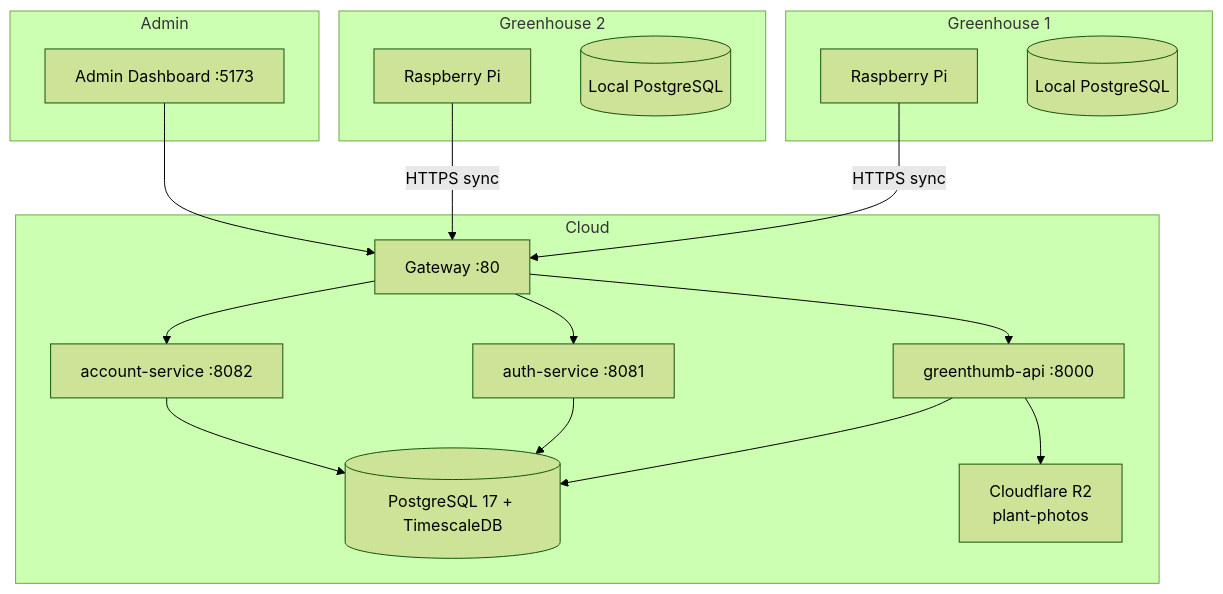
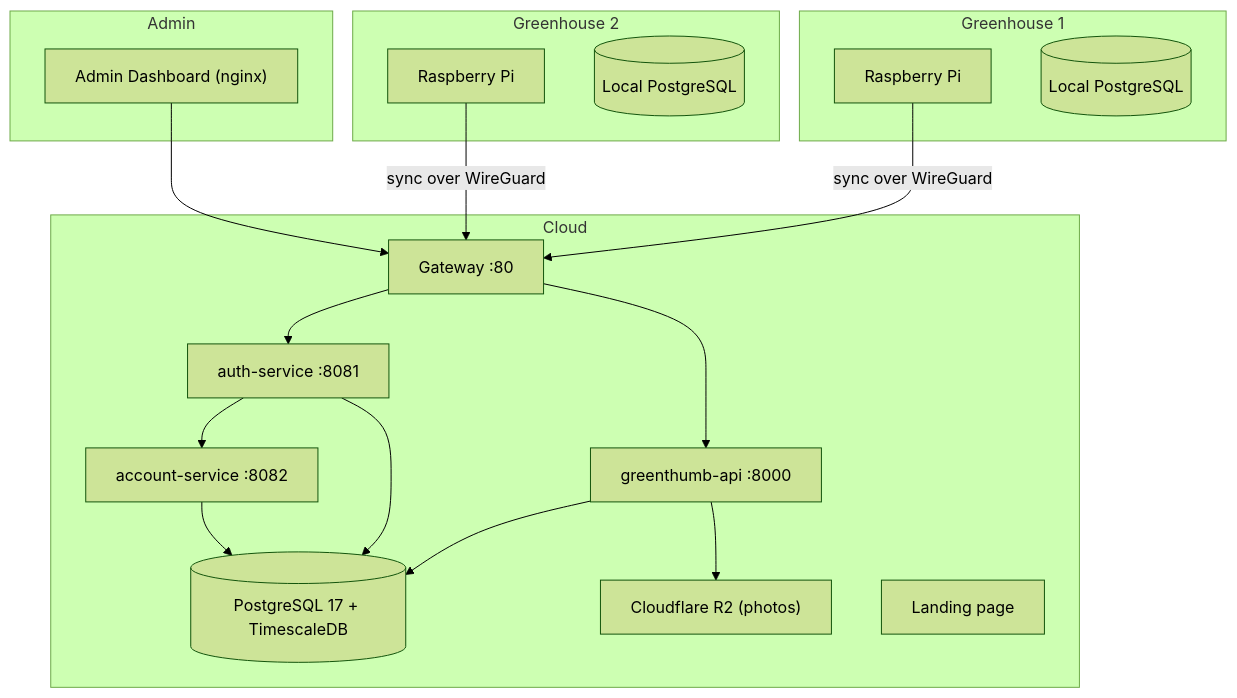
The fifth of 5 diagrams in docs/architecture/diagrams.md (GreenThumbProject/docs), drawn with Mermaid (forest theme) before and after one commit. The commit also changed other lines of this file and 36 other files, not shown here.

````diff
--- a/docs/architecture/diagrams.md
+++ b/docs/architecture/diagrams.md
@@ -229,36 +155,37 @@
 ```mermaid
 graph TB
     subgraph "Greenhouse 1"
         RPI1[Raspberry Pi]
         DB1[(Local PostgreSQL)]
     end
 
     subgraph "Greenhouse 2"
         RPI2[Raspberry Pi]
         DB2[(Local PostgreSQL)]
     end
 
     subgraph "Cloud"
         GW[Gateway :80]
         GAPI[greenthumb-api :8000]
         AUTH[auth-service :8081]
         ACC[account-service :8082]
         SUPDB[(PostgreSQL 17 + TimescaleDB)]
-        SUPSTORAGE[Cloudflare R2\nplant-photos]
+        SUPSTORAGE["Cloudflare R2 (photos)"]
+        LANDING[Landing page]
     end
 
     subgraph "Admin"
-        ADMINDASH[Admin Dashboard :5173]
+        ADMINDASH["Admin Dashboard (nginx)"]
     end
 
-    RPI1 -->|HTTPS sync| GW
-    RPI2 -->|HTTPS sync| GW
+    RPI1 -->|sync over WireGuard| GW
+    RPI2 -->|sync over WireGuard| GW
     GW --> GAPI
     GW --> AUTH
-    GW --> ACC
+    AUTH --> ACC
     GAPI --> SUPDB
     GAPI --> SUPSTORAGE
     AUTH --> SUPDB
     ACC --> SUPDB
     ADMINDASH --> GW
 ```
````
